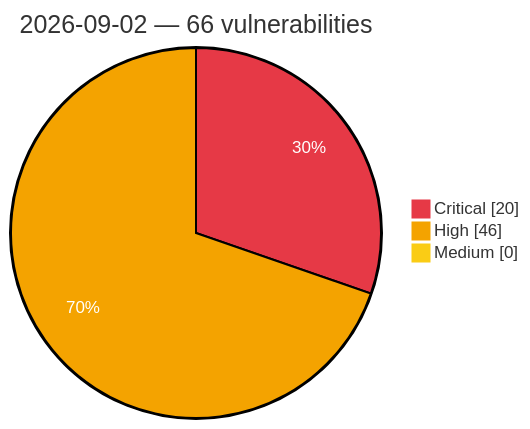
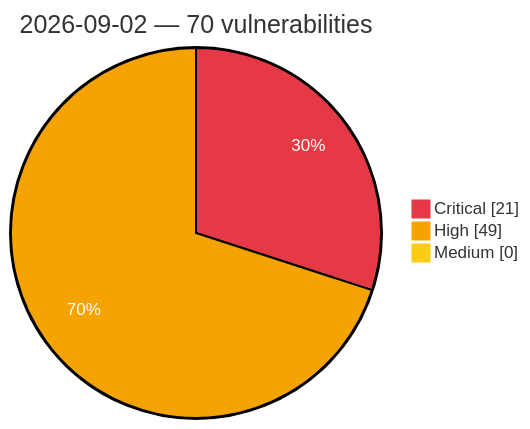
The diagram in vulnerabilities/2026/September/2026-09-02.md (GhostX0X/vuln-tracker), drawn with Mermaid before and after one commit. The commit also changed other lines of this file and 5 other files, not shown here.

Commit message:
Auto update: critical/high vulns (2026-09-02 22:31 UTC)

````diff
--- a/vulnerabilities/2026/September/2026-09-02.md
+++ b/vulnerabilities/2026/September/2026-09-02.md
@@ -3,8 +3,8 @@
 ```mermaid
 %%{init: {'theme':'base', 'themeVariables': {'pie1':'#e63946', 'pie2':'#f4a300', 'pie3':'#facc15', 'pieOpacity':'1', 'pieOuterStrokeWidth':'2px', 'pieSectionTextColor':'#ffffff'}}}%%
 pie showData
-    title 2026-09-02 — 66 vulnerabilities
-    "Critical" : 20
-    "High" : 46
+    title 2026-09-02 — 70 vulnerabilities
+    "Critical" : 21
+    "High" : 49
     "Medium" : 0
 ```
````
